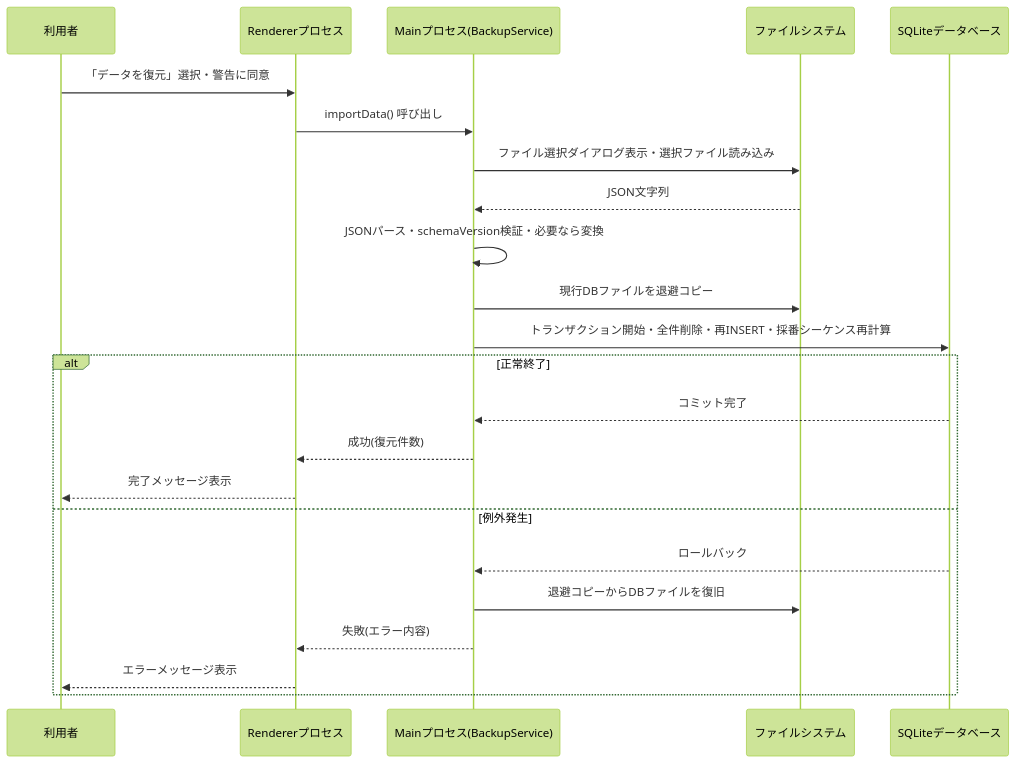
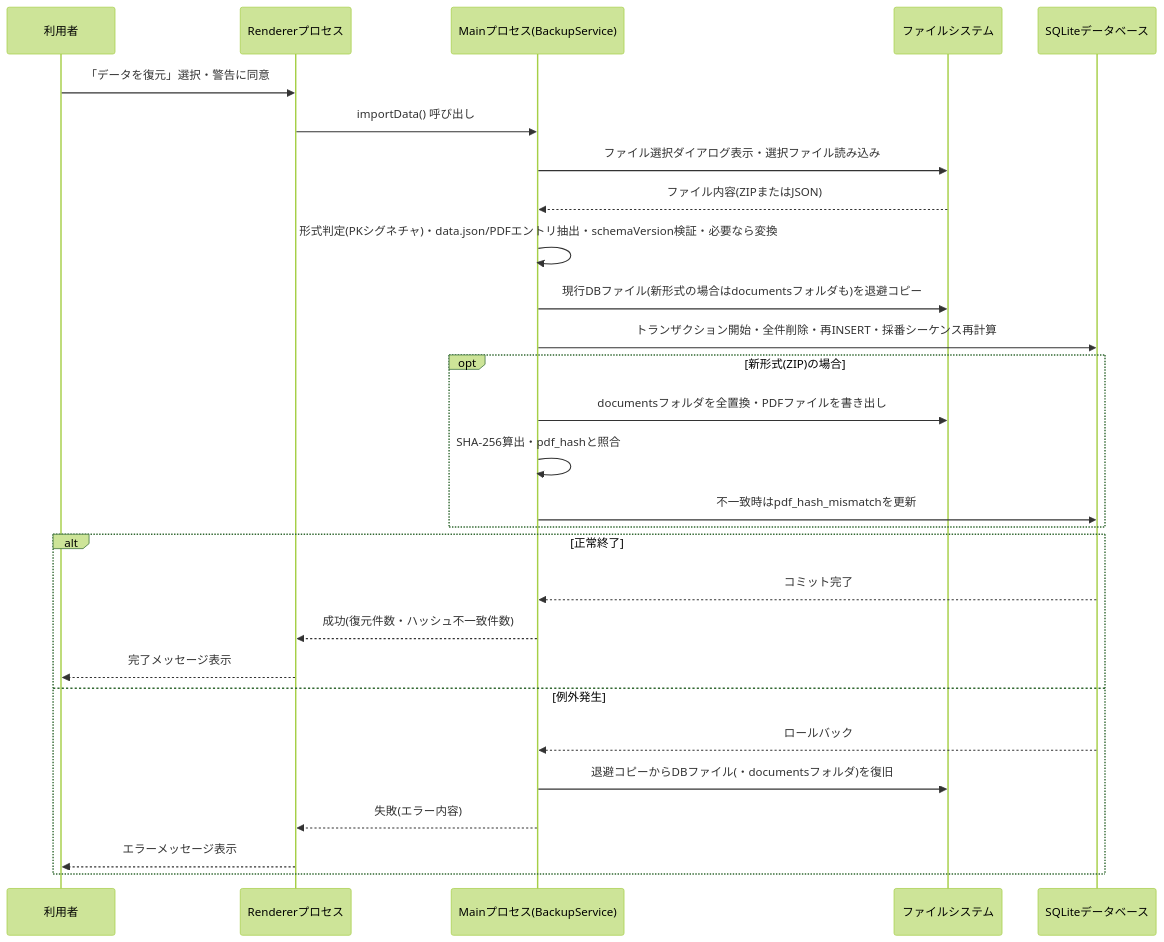
Before and after one commit to eiai00000001-cell/jimu-hub: the first of 4 diagrams in docs/03_architect/詳細設計書.md, drawn with Mermaid (forest theme). The commit also changed other lines of this file and 1 other file, not shown here.

First line of the commit message:
docs: include PDFs in export and settle hash policy

````diff
--- a/docs/03_architect/詳細設計書.md
+++ b/docs/03_architect/詳細設計書.md
@@ -336,26 +351,31 @@
 ```mermaid
 sequenceDiagram
     participant User as 利用者
     participant Renderer as Rendererプロセス
     participant Main as Mainプロセス(BackupService)
     participant FS as ファイルシステム
     participant DB as SQLiteデータベース
 
     User->>Renderer: 「データを復元」選択・警告に同意
     Renderer->>Main: importData() 呼び出し
     Main->>FS: ファイル選択ダイアログ表示・選択ファイル読み込み
-    FS-->>Main: JSON文字列
-    Main->>Main: JSONパース・schemaVersion検証・必要なら変換
-    Main->>FS: 現行DBファイルを退避コピー
+    FS-->>Main: ファイル内容(ZIPまたはJSON)
+    Main->>Main: 形式判定(PKシグネチャ)・data.json/PDFエントリ抽出・schemaVersion検証・必要なら変換
+    Main->>FS: 現行DBファイル(新形式の場合はdocumentsフォルダも)を退避コピー
     Main->>DB: トランザクション開始・全件削除・再INSERT・採番シーケンス再計算
+    opt 新形式(ZIP)の場合
+        Main->>FS: documentsフォルダを全置換・PDFファイルを書き出し
+        Main->>Main: SHA-256算出・pdf_hashと照合
+        Main->>DB: 不一致時はpdf_hash_mismatchを更新
+    end
     alt 正常終了
         DB-->>Main: コミット完了
-        Main-->>Renderer: 成功(復元件数)
+        Main-->>Renderer: 成功(復元件数・ハッシュ不一致件数)
         Renderer-->>User: 完了メッセージ表示
     else 例外発生
         DB-->>Main: ロールバック
-        Main->>FS: 退避コピーからDBファイルを復旧
+        Main->>FS: 退避コピーからDBファイル(・documentsフォルダ)を復旧
         Main-->>Renderer: 失敗(エラー内容)
         Renderer-->>User: エラーメッセージ表示
     end
 ```
````
